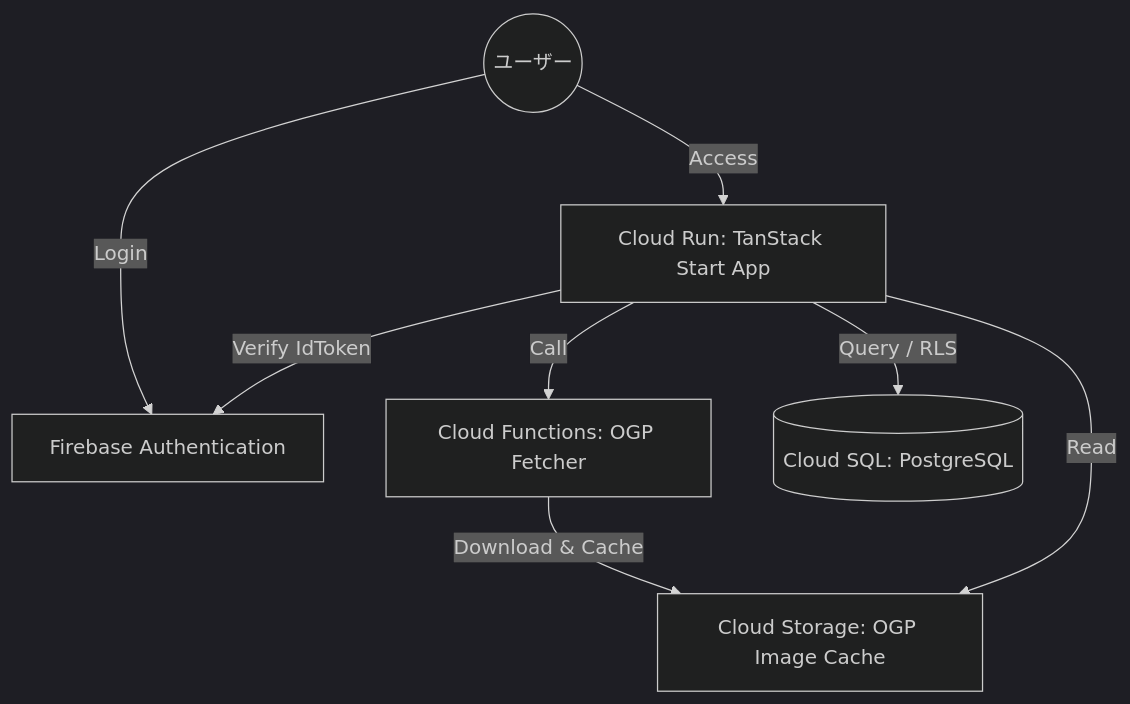
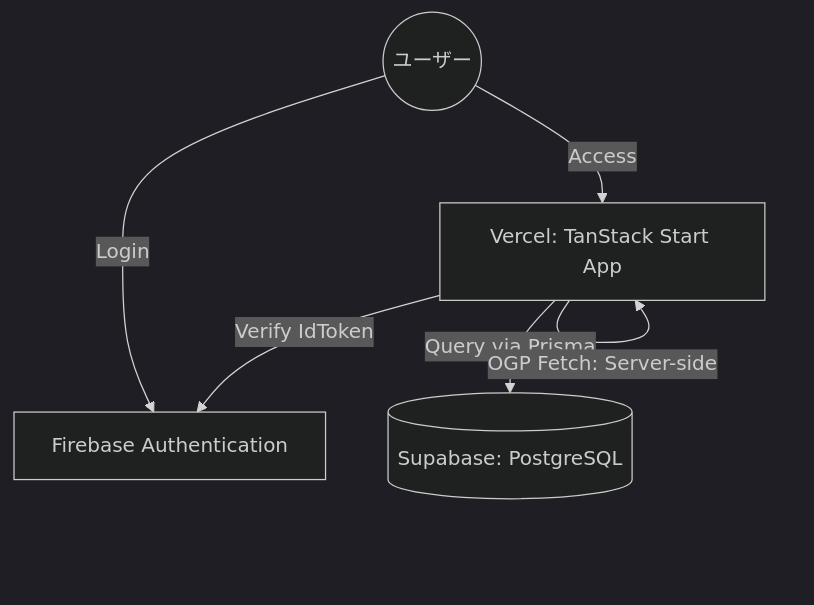
The diagram in .docs/code-design.md (luthpg/poohma-start), drawn with Mermaid (dark theme) before and after one commit. The commit also changed other lines of this file and 6 other files, not shown here.

````diff
--- a/.docs/code-design.md
+++ b/.docs/code-design.md
@@ -16,17 +16,13 @@
 ```mermaid
 graph TD
     User((ユーザー))
     FB_Auth[Firebase Authentication]
-    CR_App[Cloud Run: TanStack Start App]
-    CF_OGP[Cloud Functions: OGP Fetcher]
-    CSQL_PG[(Cloud SQL: PostgreSQL)]
-    CS_Img[Cloud Storage: OGP Image Cache]
+    Vercel_App[Vercel: TanStack Start App]
+    Supabase_PG[(Supabase: PostgreSQL)]
 
-    User -->|Access| CR_App
+    User -->|Access| Vercel_App
     User -->|Login| FB_Auth
-    CR_App -->|Verify IdToken| FB_Auth
-    CR_App -->|Query / RLS| CSQL_PG
-    CR_App -->|Call| CF_OGP
-    CF_OGP -->|Download & Cache| CS_Img
-    CR_App -->|Read| CS_Img
+    Vercel_App -->|Verify IdToken| FB_Auth
+    Vercel_App -->|Query via Prisma| Supabase_PG
+    Vercel_App -->|OGP Fetch: Server-side| Vercel_App
 ```
````
